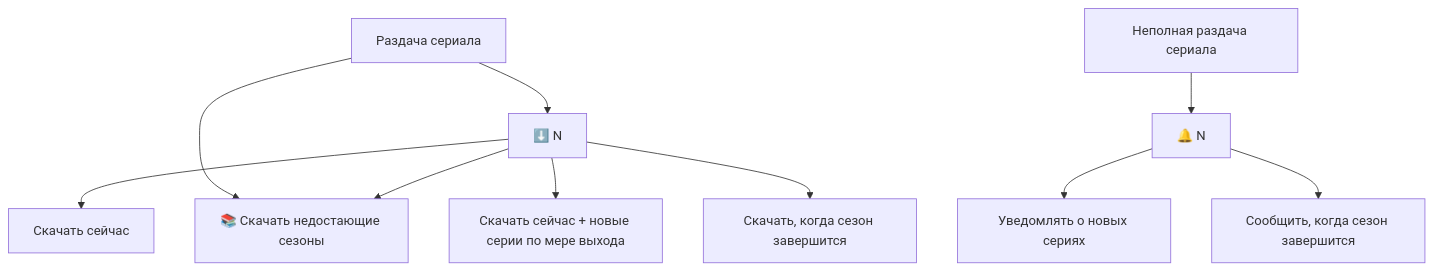
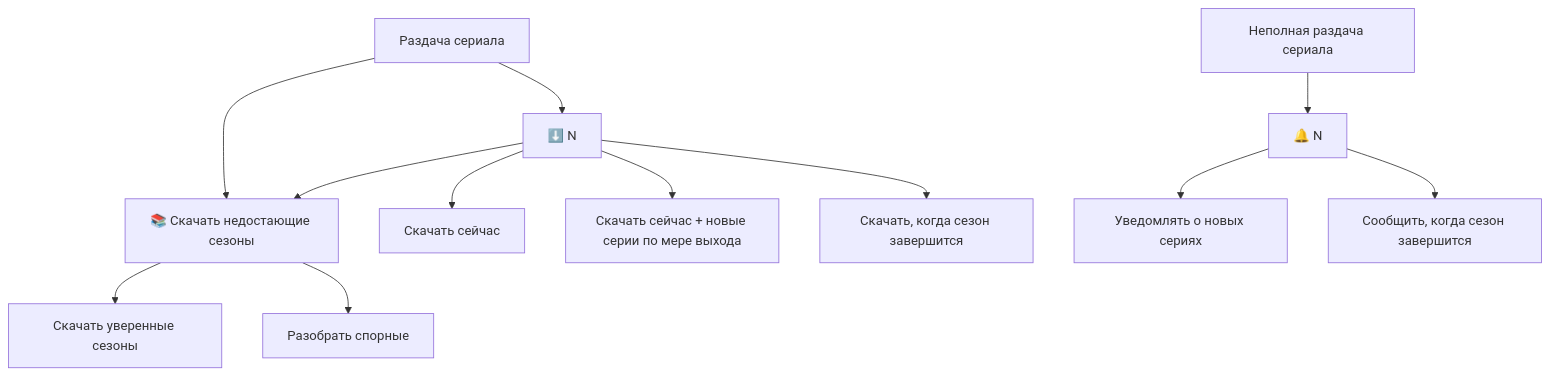
One commit to KiMorev/tg-torrent-bot changed the second of 3 diagrams in README.md. Above: the diagram before and after it, drawn with Mermaid. The commit also changed other lines of this file and 3 other files, not shown here.

Commit message:
Add manual review for series bulk plan

````diff
--- a/README.md
+++ b/README.md
@@ -92,12 +94,14 @@
 ```mermaid
 flowchart TD
     result["Раздача сериала"] --> download["⬇️ N"]
     result --> bulk["📚 Скачать недостающие сезоны"]
     partial["Неполная раздача сериала"] --> notify["🔔 N"]
     download --> now["Скачать сейчас"]
     download --> bulk
+    bulk --> confident["Скачать уверенные сезоны"]
+    bulk --> review["Разобрать спорные"]
     download --> now_updates["Скачать сейчас + новые серии по мере выхода"]
     download --> wait_full["Скачать, когда сезон завершится"]
     notify --> each["Уведомлять о новых сериях"]
     notify --> final["Сообщить, когда сезон завершится"]
 ```
````
